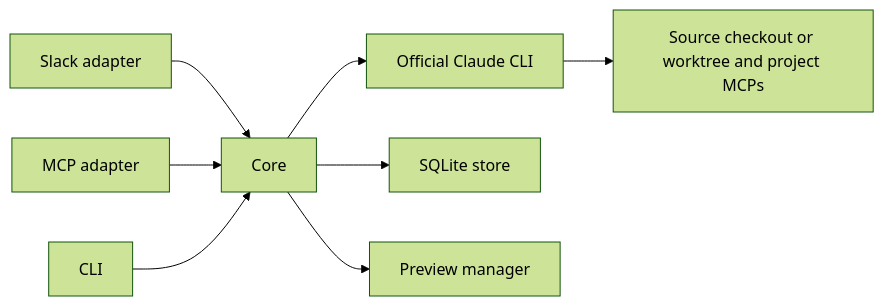
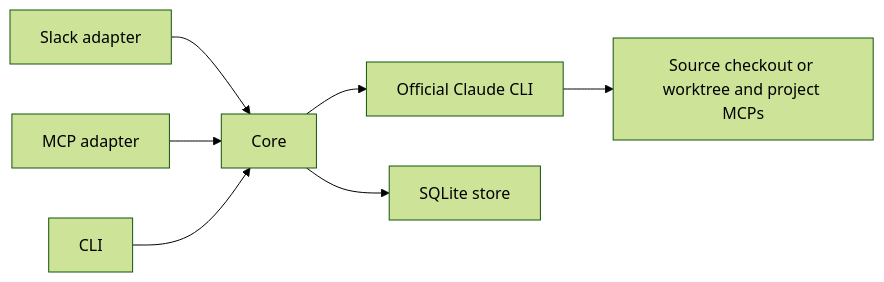
Before and after one commit to usedilver/regent: the diagram in ARCHITECTURE.md, drawn with Mermaid (forest theme). The commit also changed other lines of this file and 40 other files, not shown here.

Commit message:
refactor(previews): remove Regent hosted preview infrastructure

````diff
--- a/ARCHITECTURE.md
+++ b/ARCHITECTURE.md
@@ -13,10 +13,9 @@
 ```mermaid
 flowchart LR
     Slack[Slack adapter] --> Core[Core]
     MCP[MCP adapter] --> Core
     CLI[CLI] --> Core
     Core --> Runner[Official Claude CLI]
     Core --> Store[SQLite store]
-    Core --> Previews[Preview manager]
     Runner --> Project[Source checkout or worktree and project MCPs]
 ```
````
